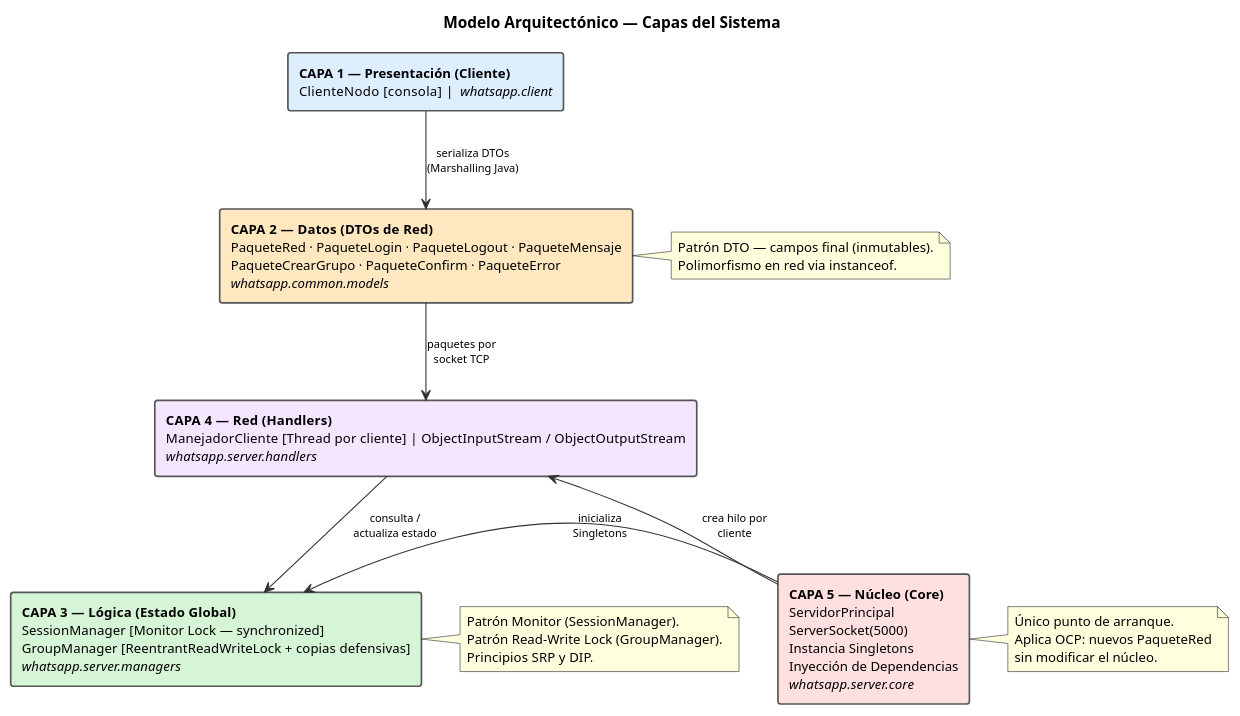
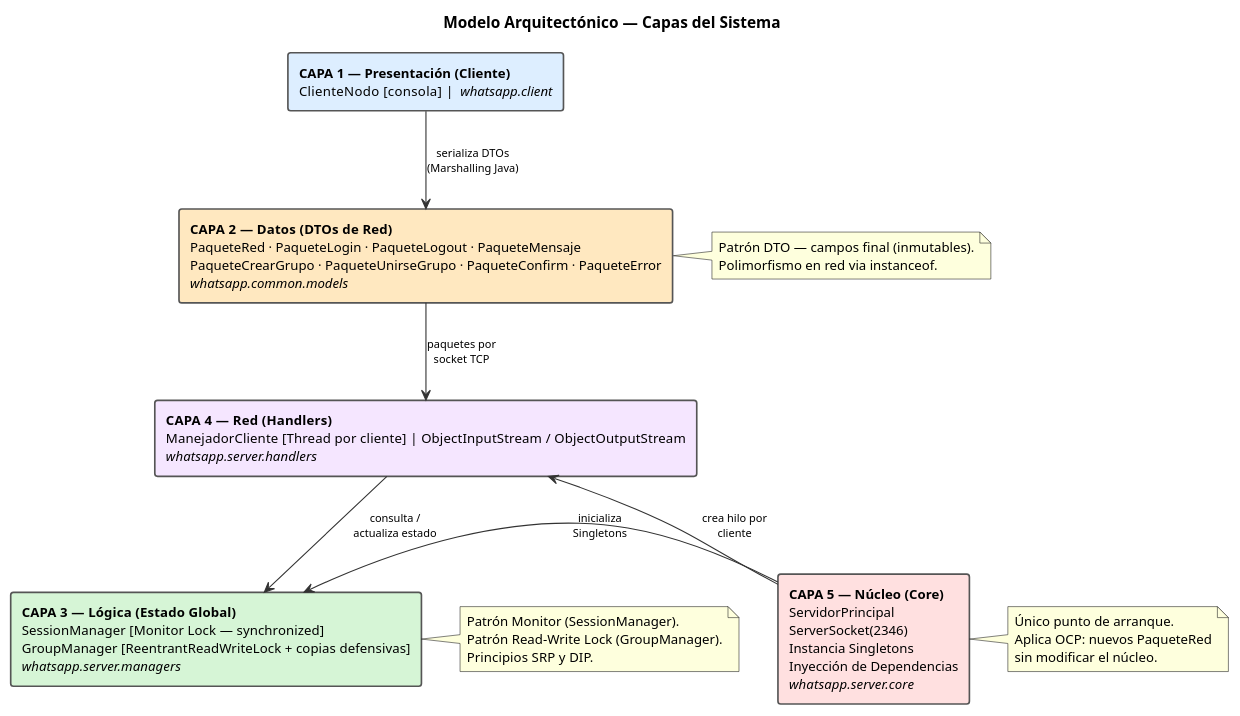
The diagram in docs/diagrams/arquitectura_capas.puml (Yan-Misael/Aplicacion-WhatsApp), drawn with PlantUML before and after one commit. The commit also changed 4 other files, not shown here.

```diff
--- a/docs/diagrams/arquitectura_capas.puml
+++ b/docs/diagrams/arquitectura_capas.puml
@@ -1,65 +1,65 @@
 @startuml ArquitecturaCapas
 title Modelo Arquitectónico — Capas del Sistema
 
 top to bottom direction
 
 skinparam defaultFontSize 12
 skinparam rectangleFontSize 12
 skinparam rectangleBorderColor #555555
 skinparam rectangleBorderThickness 1.5
 skinparam ArrowColor #333333
 skinparam ArrowFontSize 10
 skinparam shadowing false
 
 ' ─────────────────────────────────────────────────────────
 ' COLUMNA PRINCIPAL: flujo de comunicación (izquierda)
 ' ─────────────────────────────────────────────────────────
 
 rectangle "<b>CAPA 1 — Presentación (Cliente)</b>\nClienteNodo  [consola]  |  <i>whatsapp.client</i>" as C1 #DDEEFF
-rectangle "<b>CAPA 2 — Datos  (DTOs de Red)</b>\nPaqueteRed · PaqueteLogin · PaqueteLogout · PaqueteMensaje\nPaqueteCrearGrupo · PaqueteConfirm · PaqueteError\n<i>whatsapp.common.models</i>" as C2 #FFE8C0
+rectangle "<b>CAPA 2 — Datos  (DTOs de Red)</b>\nPaqueteRed · PaqueteLogin · PaqueteLogout · PaqueteMensaje\nPaqueteCrearGrupo · PaqueteUnirseGrupo · PaqueteConfirm · PaqueteError\n<i>whatsapp.common.models</i>" as C2 #FFE8C0
 rectangle "<b>CAPA 4 — Red  (Handlers)</b>\nManejadorCliente  [Thread por cliente]  |  ObjectInputStream / ObjectOutputStream\n<i>whatsapp.server.handlers</i>" as C4 #F5E6FF
 rectangle "<b>CAPA 3 — Lógica  (Estado Global)</b>\nSessionManager  [Monitor Lock — synchronized]\nGroupManager  [ReentrantReadWriteLock + copias defensivas]\n<i>whatsapp.server.managers</i>" as C3 #D6F5D6
 
 ' ─────────────────────────────────────────────────────────
 ' CAPA 5 al costado derecho (bootstrapper)
 ' ─────────────────────────────────────────────────────────
 
-rectangle "<b>CAPA 5 — Núcleo (Core)</b>\nServidorPrincipal\nServerSocket(5000)\nInstancia Singletons\nInyección de Dependencias\n<i>whatsapp.server.core</i>" as C5 #FFE0E0
+rectangle "<b>CAPA 5 — Núcleo (Core)</b>\nServidorPrincipal\nServerSocket(2346)\nInstancia Singletons\nInyección de Dependencias\n<i>whatsapp.server.core</i>" as C5 #FFE0E0
 
 ' ─────────────────────────────────────────────────────────
 ' FLUJO DE COMUNICACIÓN (columna principal, top → bottom)
 ' ─────────────────────────────────────────────────────────
 
 C1 -down-> C2 : serializa DTOs\n(Marshalling Java)
 C2 -down-> C4 : paquetes por\nsocket TCP
 C4 -down-> C3 : consulta /\nactualiza estado
 
 ' ─────────────────────────────────────────────────────────
 ' RELACIONES DE INICIALIZACIÓN (Core → capas del servidor)
 ' ─────────────────────────────────────────────────────────
 
 C5 -left-> C4 : crea hilo por\ncliente
 C5 -left-> C3 : inicializa\nSingletons
 
 ' ─────────────────────────────────────────────────────────
 ' NOTAS
 ' ─────────────────────────────────────────────────────────
 
 note right of C2
   Patrón DTO — campos final (inmutables).
   Polimorfismo en red via instanceof.
 end note
 
 note right of C3
   Patrón Monitor (SessionManager).
   Patrón Read-Write Lock (GroupManager).
   Principios SRP y DIP.
 end note
 
 note right of C5
   Único punto de arranque.
   Aplica OCP: nuevos PaqueteRed
   sin modificar el núcleo.
 end note
 
 @enduml
```
